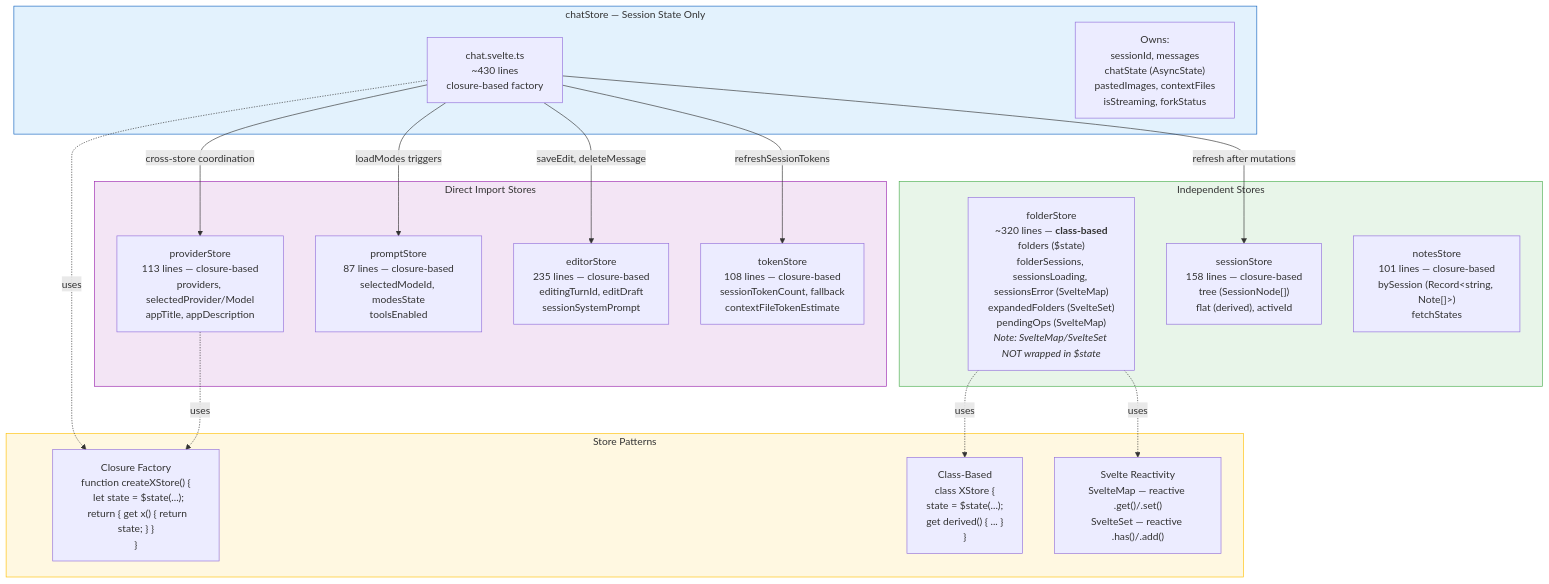
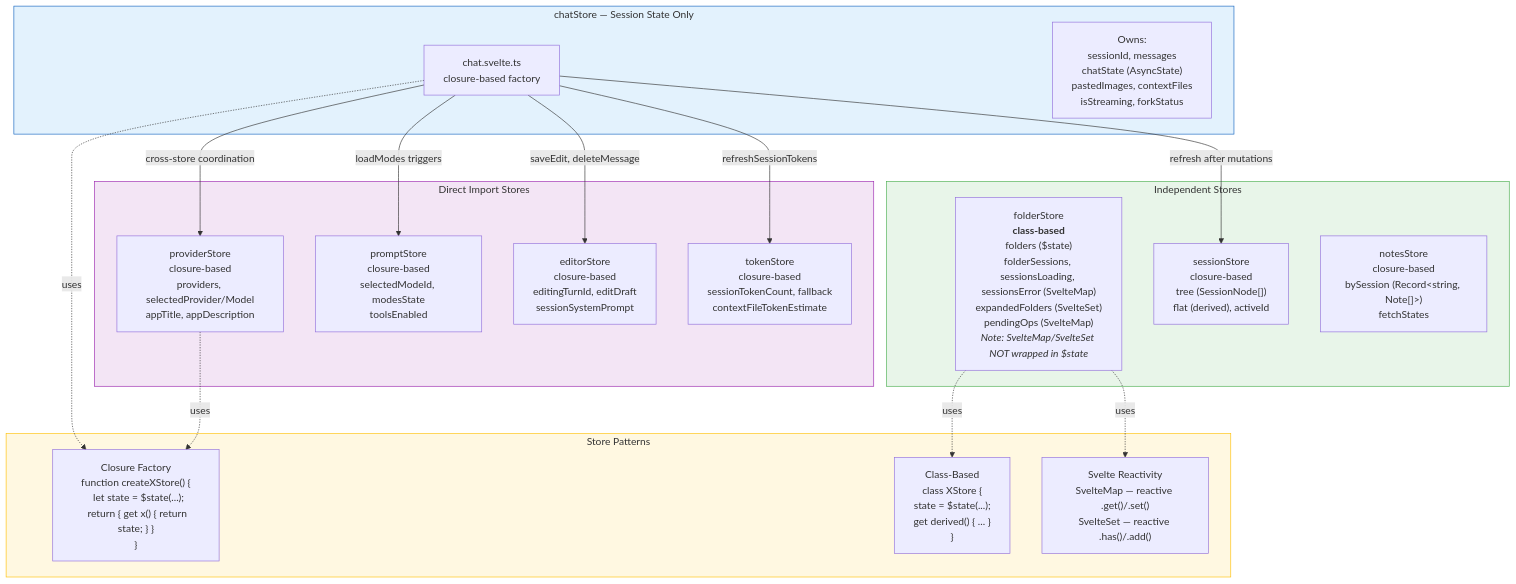
The second of 11 diagrams in kitchen-agent/docs/specs/frontend-diagrams.md (m1981/kuchnie), drawn with Mermaid before and after one commit. The commit also changed other lines of this file and 4 other files, not shown here.

First line of the commit message:
docs: remove stale line counts/bar charts, delete dead components

````diff
--- a/kitchen-agent/docs/specs/frontend-diagrams.md
+++ b/kitchen-agent/docs/specs/frontend-diagrams.md
@@ -133,42 +132,42 @@
 ```mermaid
 graph TB
     subgraph ChatStore["chatStore — Session State Only"]
-        ChatCore["chat.svelte.ts<br/>~430 lines<br/>closure-based factory"]
+        ChatCore["chat.svelte.ts<br/>closure-based factory"]
         ChatOwns["Owns:<br/>sessionId, messages<br/>chatState (AsyncState)<br/>pastedImages, contextFiles<br/>isStreaming, forkStatus"]
     end
 
     subgraph DirectStores["Direct Import Stores"]
-        ProviderStore["providerStore<br/>113 lines — closure-based<br/>providers, selectedProvider/Model<br/>appTitle, appDescription"]
-        PromptStore["promptStore<br/>87 lines — closure-based<br/>selectedModeId, modesState<br/>toolsEnabled"]
-        EditorStore["editorStore<br/>235 lines — closure-based<br/>editingTurnId, editDraft<br/>sessionSystemPrompt"]
-        TokenStore["tokenStore<br/>108 lines — closure-based<br/>sessionTokenCount, fallback<br/>contextFileTokenEstimate"]
+        ProviderStore["providerStore<br/>closure-based<br/>providers, selectedProvider/Model<br/>appTitle, appDescription"]
+        PromptStore["promptStore<br/>closure-based<br/>selectedModeId, modesState<br/>toolsEnabled"]
+        EditorStore["editorStore<br/>closure-based<br/>editingTurnId, editDraft<br/>sessionSystemPrompt"]
+        TokenStore["tokenStore<br/>closure-based<br/>sessionTokenCount, fallback<br/>contextFileTokenEstimate"]
     end
 
     subgraph Independent["Independent Stores"]
-        FolderStore["folderStore<br/>~320 lines — <b>class-based</b><br/>folders ($state)<br/>folderSessions, sessionsLoading, sessionsError (SvelteMap)<br/>expandedFolders (SvelteSet)<br/>pendingOps (SvelteMap)<br/><i>Note: SvelteMap/SvelteSet NOT wrapped in $state</i>"]
-        SessionStore["sessionStore<br/>158 lines — closure-based<br/>tree (SessionNode[])<br/>flat (derived), activeId"]
-        NotesStore["notesStore<br/>101 lines — closure-based<br/>bySession (Record&lt;string, Note[]&gt;)<br/>fetchStates"]
+        FolderStore["folderStore<br/><b>class-based</b><br/>folders ($state)<br/>folderSessions, sessionsLoading, sessionsError (SvelteMap)<br/>expandedFolders (SvelteSet)<br/>pendingOps (SvelteMap)<br/><i>Note: SvelteMap/SvelteSet NOT wrapped in $state</i>"]
+        SessionStore["sessionStore<br/>closure-based<br/>tree (SessionNode[])<br/>flat (derived), activeId"]
+        NotesStore["notesStore<br/>closure-based<br/>bySession (Record&lt;string, Note[]&gt;)<br/>fetchStates"]
     end
 
     subgraph Patterns["Store Patterns"]
         Closure["Closure Factory<br/>function createXStore() {<br/>  let state = $state(...);<br/>  return { get x() { return state; } }<br/>}"]
         ClassBased["Class-Based<br/>class XStore {<br/>  state = $state(...);<br/>  get derived() { ... }<br/>}"]
         SvelteReactivity["Svelte Reactivity<br/>SvelteMap — reactive .get()/.set()<br/>SvelteSet — reactive .has()/.add()"]
     end
 
     ChatCore -->|"cross-store coordination"| ProviderStore
     ChatCore -->|"loadModes triggers"| PromptStore
     ChatCore -->|"saveEdit, deleteMessage"| EditorStore
     ChatCore -->|"refreshSessionTokens"| TokenStore
     ChatCore -->|"refresh after mutations"| SessionStore
 
     FolderStore -.->|"uses"| ClassBased
     FolderStore -.->|"uses"| SvelteReactivity
     ChatCore -.->|"uses"| Closure
     ProviderStore -.->|"uses"| Closure
 
     style ChatStore fill:#e3f2fd,stroke:#1565C0
     style DirectStores fill:#f3e5f5,stroke:#9C27B0
     style Independent fill:#e8f5e9,stroke:#4CAF50
     style Patterns fill:#fff8e1,stroke:#FFC107
 ```
````
